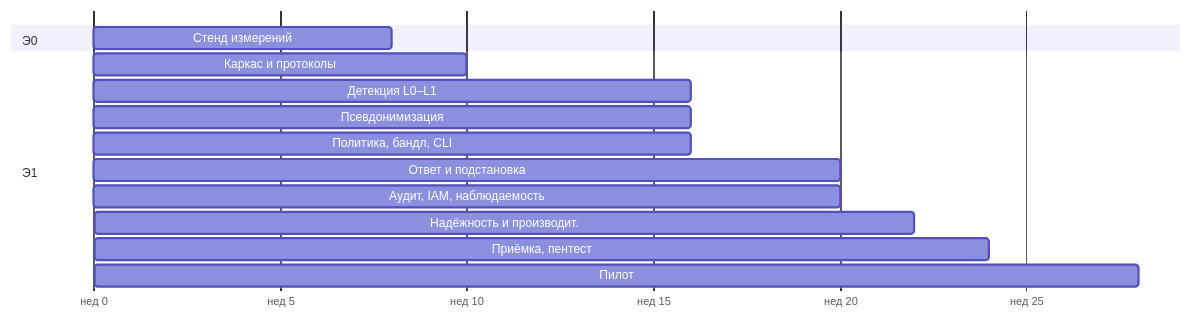
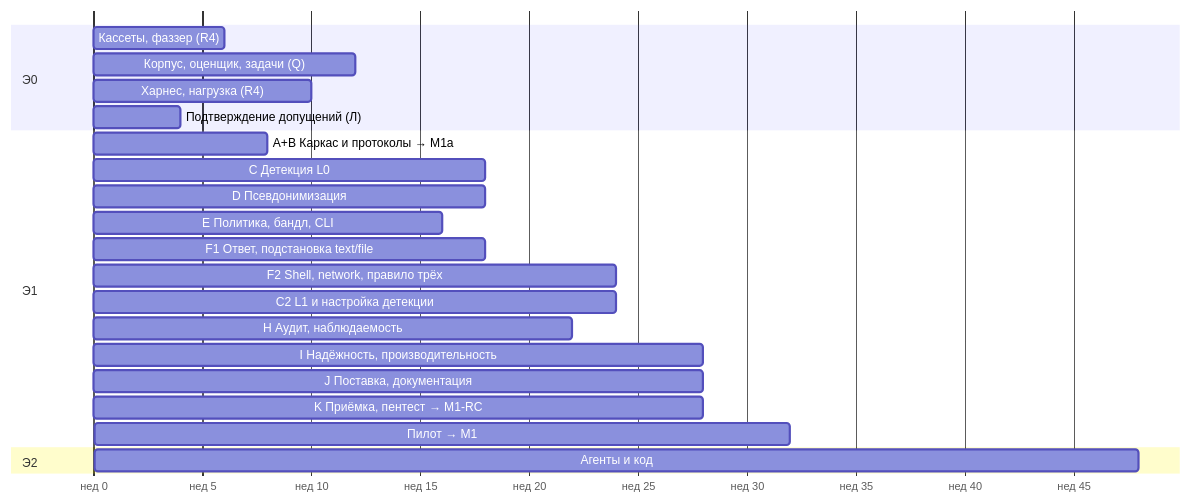
The first of 2 diagrams in docs/PLAN.md (Paffin/Aegis), drawn with Mermaid before and after one commit. The commit also changed other lines of this file and 1 other file, not shown here.

````diff
--- a/docs/PLAN.md
+++ b/docs/PLAN.md
@@ -46,17 +72,25 @@
 ```mermaid
 gantt
   dateFormat  X
   axisFormat  нед %s
   section Э0
-  Стенд измерений            :e0, 0, 8
+  Кассеты, фаззер (R4)               :e0a, 0, 6
+  Корпус, оценщик, задачи (Q)        :e0b, 0, 12
+  Харнес, нагрузка (R4)              :e0c, 4, 10
+  Подтверждение допущений (Л)        :e0d, 0, 4
   section Э1
-  Каркас и протоколы         :a, 0, 10
-  Детекция L0–L1             :c, 4, 16
-  Псевдонимизация            :d, 8, 16
-  Политика, бандл, CLI       :e, 8, 16
-  Ответ и подстановка        :f, 10, 20
-  Аудит, IAM, наблюдаемость  :h, 14, 20
-  Надёжность и производит.   :i, 16, 22
-  Приёмка, пентест           :k, 20, 24
-  Пилот                      :p, 22, 28
+  A+B Каркас и протоколы → M1a       :a, 0, 8
+  C Детекция L0                      :c, 6, 18
+  D Псевдонимизация                  :d, 6, 18
+  E Политика, бандл, CLI             :e, 6, 16
+  F1 Ответ, подстановка text/file    :f1, 10, 18
+  F2 Shell, network, правило трёх    :f2, 16, 24
+  C2 L1 и настройка детекции         :c2, 16, 24
+  H Аудит, наблюдаемость             :h, 16, 22
+  I Надёжность, производительность   :i, 18, 28
+  J Поставка, документация           :j, 18, 28
+  K Приёмка, пентест → M1-RC         :k, 20, 28
+  Пилот → M1                         :p, 28, 32
+  section Э2
+  Агенты и код                       :e2, 28, 48
 ```
````
